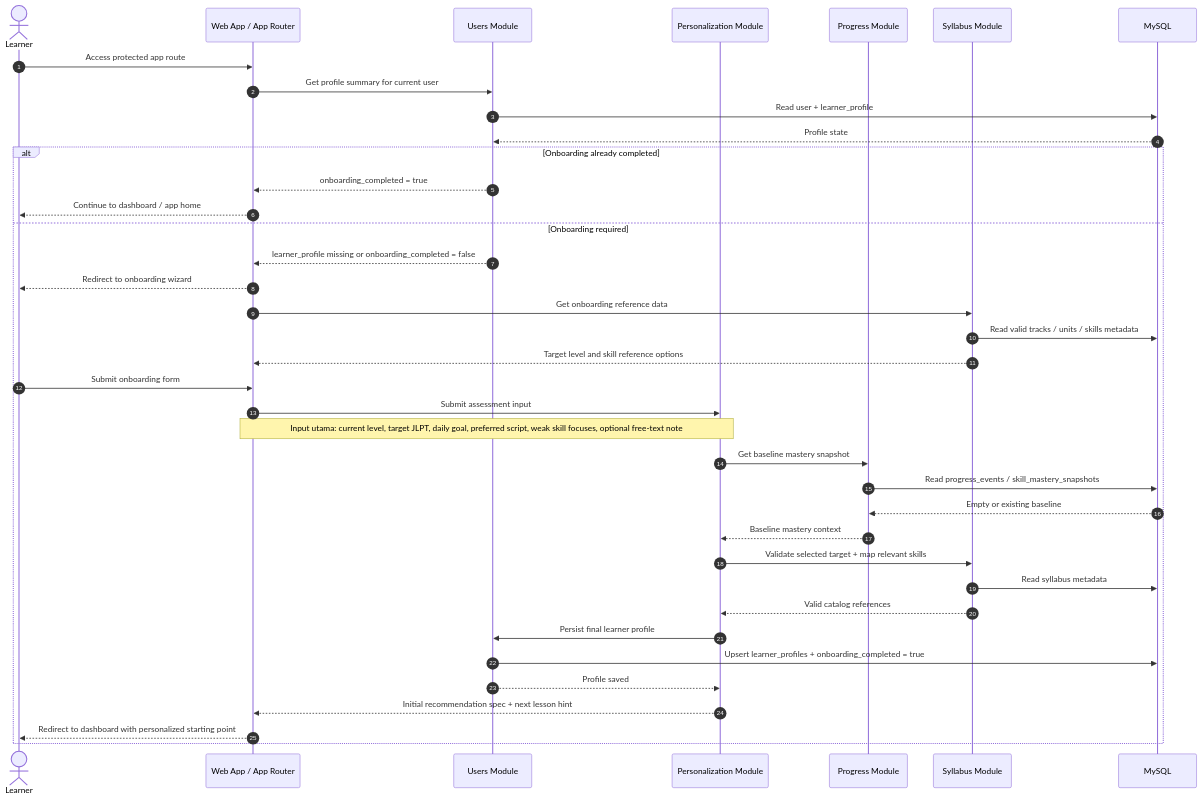
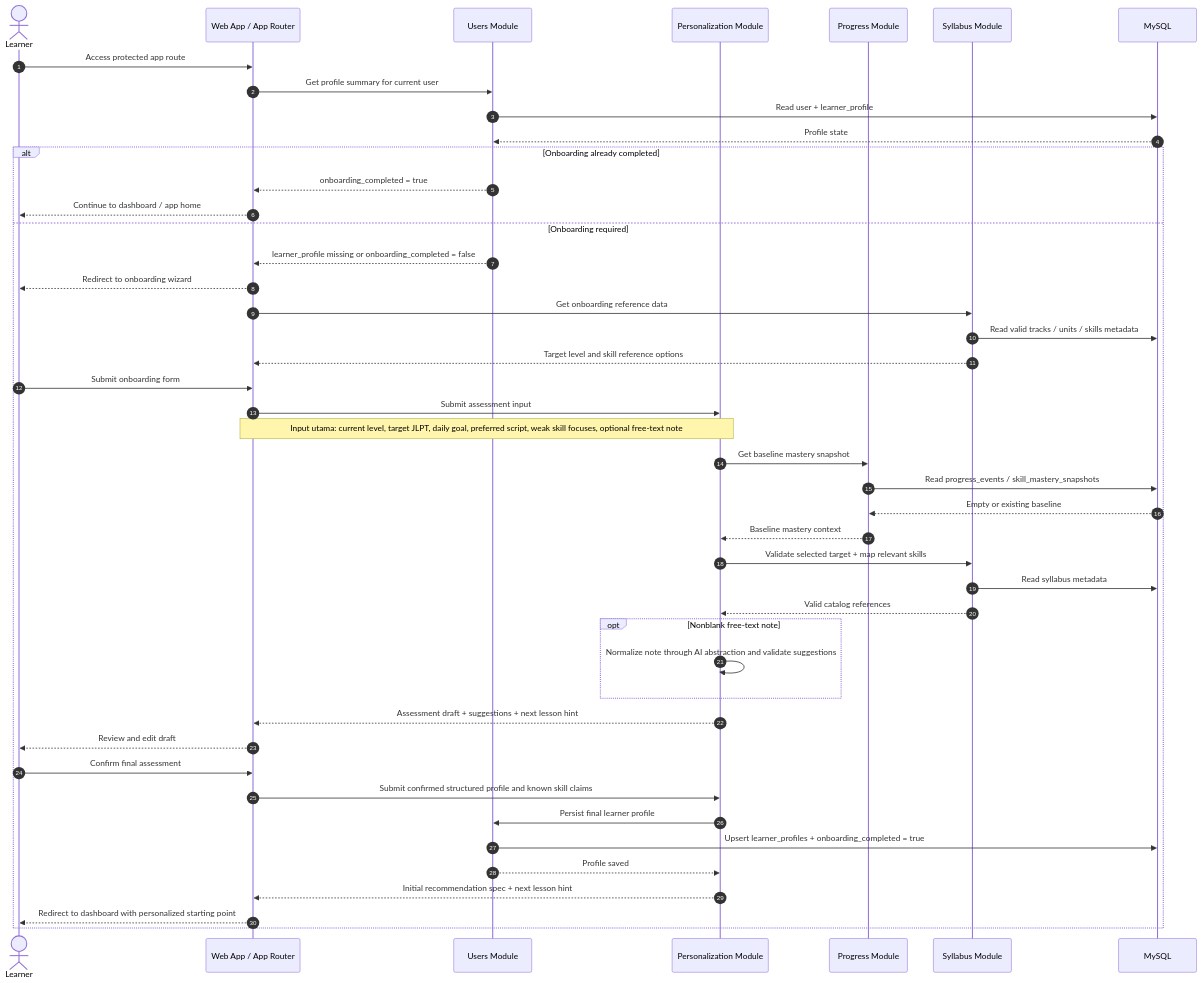
Before and after one commit to bpkcongli/kotoba-hub: the diagram in docs/sequence-diagram/onboarding-personalization.md, drawn with Mermaid. The commit also changed other lines of this file and 18 other files, not shown here.

````diff
--- a/docs/sequence-diagram/onboarding-personalization.md
+++ b/docs/sequence-diagram/onboarding-personalization.md
@@ -11,48 +11,55 @@
 ```mermaid
 sequenceDiagram
     autonumber
     actor Learner
     participant App as Web App / App Router
     participant Users as Users Module
     participant Personalization as Personalization Module
     participant Progress as Progress Module
     participant Syllabus as Syllabus Module
     participant DB as MySQL
 
     Learner->>App: Access protected app route
     App->>Users: Get profile summary for current user
     Users->>DB: Read user + learner_profile
     DB-->>Users: Profile state
 
     alt Onboarding already completed
         Users-->>App: onboarding_completed = true
         App-->>Learner: Continue to dashboard / app home
     else Onboarding required
         Users-->>App: learner_profile missing or onboarding_completed = false
         App-->>Learner: Redirect to onboarding wizard
 
         App->>Syllabus: Get onboarding reference data
         Syllabus->>DB: Read valid tracks / units / skills metadata
         Syllabus-->>App: Target level and skill reference options
 
         Learner->>App: Submit onboarding form
         App->>Personalization: Submit assessment input
         Note over App,Personalization: Input utama: current level, target JLPT, daily goal, preferred script, weak skill focuses, optional free-text note
 
         Personalization->>Progress: Get baseline mastery snapshot
         Progress->>DB: Read progress_events / skill_mastery_snapshots
         DB-->>Progress: Empty or existing baseline
         Progress-->>Personalization: Baseline mastery context
 
         Personalization->>Syllabus: Validate selected target + map relevant skills
         Syllabus->>DB: Read syllabus metadata
         Syllabus-->>Personalization: Valid catalog references
 
+        opt Nonblank free-text note
+            Personalization->>Personalization: Normalize note through AI abstraction and validate suggestions
+        end
+        Personalization-->>App: Assessment draft + suggestions + next lesson hint
+        App-->>Learner: Review and edit draft
+        Learner->>App: Confirm final assessment
+        App->>Personalization: Submit confirmed structured profile and known skill claims
         Personalization->>Users: Persist final learner profile
         Users->>DB: Upsert learner_profiles + onboarding_completed = true
         Users-->>Personalization: Profile saved
 
         Personalization-->>App: Initial recommendation spec + next lesson hint
         App-->>Learner: Redirect to dashboard with personalized starting point
     end
 ```
````
